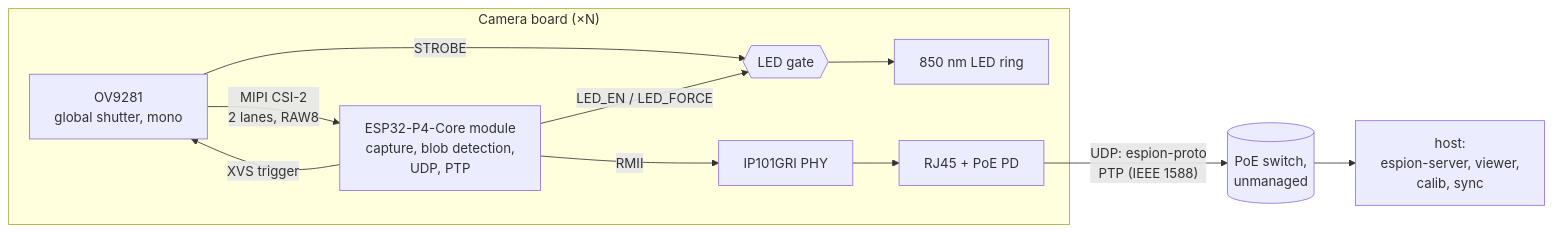
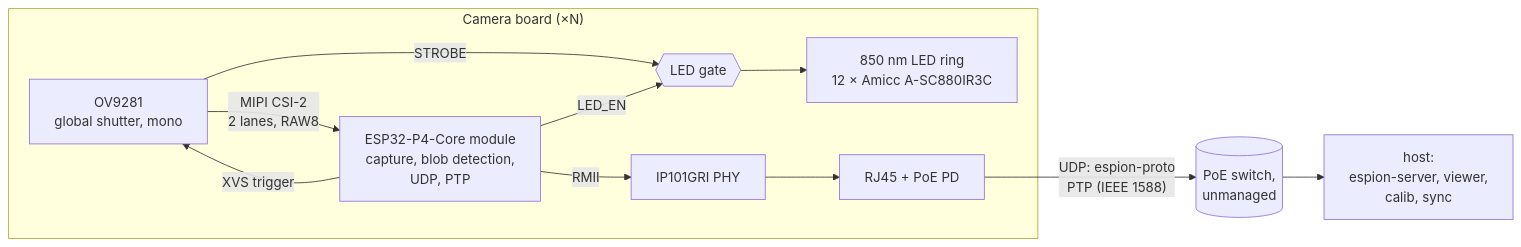
The first of 2 diagrams in docs/architecture.md (azais-corentin/espion), drawn with Mermaid before and after one commit. The commit also changed other lines of this file and 4 other files, not shown here.

First line of the commit message:
docs(espion-cam): Selected the board BOM and the 850 nm LED ring, dropped LED_FORCE

````diff
--- a/docs/architecture.md
+++ b/docs/architecture.md
@@ -8,14 +8,14 @@
 ```mermaid
 flowchart LR
   subgraph board["Camera board (×N)"]
     S[OV9281<br/>global shutter, mono] -- "MIPI CSI-2<br/>2 lanes, RAW8" --> P4[ESP32-P4-Core module<br/>capture, blob detection,<br/>UDP, PTP]
     P4 -- "XVS trigger" --> S
     S -- STROBE --> G{{LED gate}}
-    P4 -- "LED_EN / LED_FORCE" --> G
-    G --> L[850 nm LED ring]
+    P4 -- LED_EN --> G
+    G --> L[850 nm LED ring<br/>12 × Amicc A-SC880IR3C]
     P4 -- RMII --> PHY[IP101GRI PHY]
     PHY --> J[RJ45 + PoE PD]
   end
   J -- "UDP: espion-proto<br/>PTP (IEEE 1588)" --> SW[(PoE switch,<br/>unmanaged)]
   SW --> H[host:<br/>espion-server, viewer,<br/>calib, sync]
 ```
````
